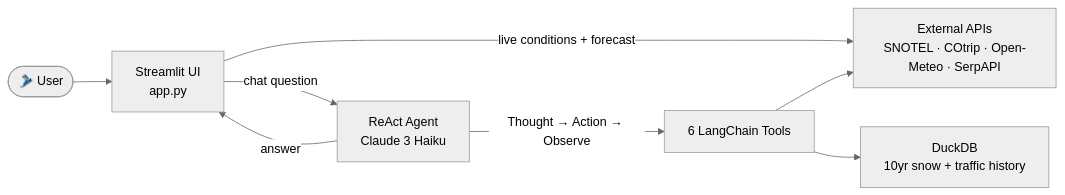
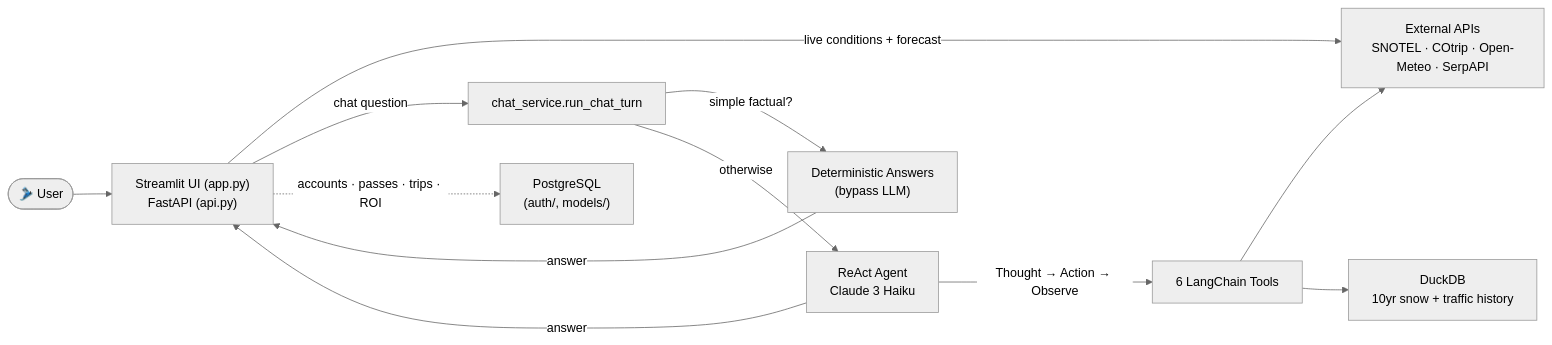
The first of 3 diagrams in architecture.md (Ttopiac/colorado-powracle), drawn with Mermaid (neutral theme) before and after one commit. The commit also changed other lines of this file, not shown here.

Commit message:
Update architecture diagrams to reflect FastAPI, accounts, deterministic answers, eval

````diff
--- a/architecture.md
+++ b/architecture.md
@@ -5,14 +5,20 @@
 ```mermaid
 graph LR
-    User(["🎿 User"]) --> UI["Streamlit UI<br/>app.py"]
+    User(["🎿 User"]) --> Clients["Streamlit UI (app.py)<br/>FastAPI (api.py)"]
 
-    UI -->|live conditions + forecast| APIs["External APIs<br/>SNOTEL · COtrip · Open-Meteo · SerpAPI"]
-    UI -->|chat question| Agent["ReAct Agent<br/>Claude 3 Haiku"]
+    Clients -->|live conditions + forecast| APIs["External APIs<br/>SNOTEL · COtrip · Open-Meteo · SerpAPI"]
+    Clients -->|chat question| Chat["chat_service.run_chat_turn"]
+
+    Chat -->|simple factual?| Det["Deterministic Answers<br/>(bypass LLM)"]
+    Chat -->|otherwise| Agent["ReAct Agent<br/>Claude 3 Haiku"]
 
     Agent -->|Thought → Action → Observe| Tools["6 LangChain Tools"]
 
     Tools --> APIs
-    Tools --> DB["DuckDB<br/>10yr snow + traffic history"]
+    Tools --> DDB["DuckDB<br/>10yr snow + traffic history"]
 
-    Agent -->|answer| UI
+    Clients -.->|accounts · passes · trips · ROI| PG["PostgreSQL<br/>(auth/, models/)"]
+
+    Agent -->|answer| Clients
+    Det -->|answer| Clients
 ```
````
